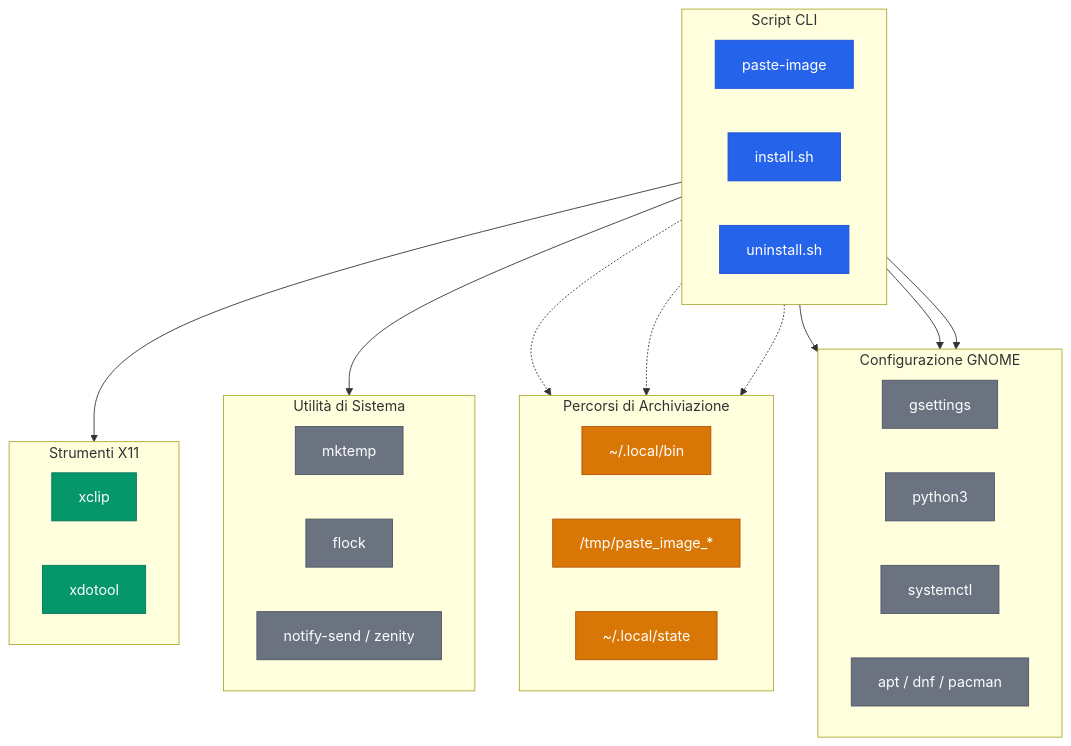
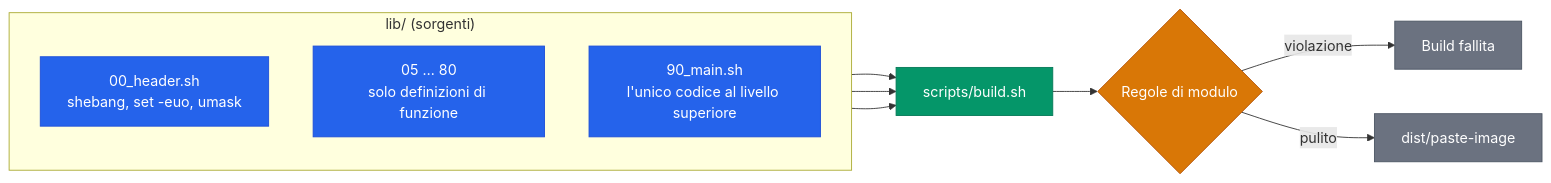
Before and after one commit to AndreaBonn/cli-image-paste: the first of 5 diagrams in docs/ARCHITECTURE.it.md, drawn with Mermaid. The commit also changed other lines of this file and 1 other file, not shown here.

First line of the commit message:
docs(architecture): describe the generated build, not the removed monolith

````diff
--- a/docs/ARCHITECTURE.it.md
+++ b/docs/ARCHITECTURE.it.md
@@ -11,59 +19,31 @@
 ```mermaid
 %%{init: {'theme': 'default'}}%%
-graph TD
-  subgraph scripts["Script CLI"]
-    direction LR
-    paste_image["paste-image"]
-    install["install.sh"]
-    uninstall["uninstall.sh"]
+graph LR
+  subgraph src["lib/ (sorgenti)"]
+    direction TB
+    header["00_header.sh<br/>shebang, set -euo, umask"]
+    modules["05 … 80<br/>solo definizioni di funzione"]
+    mainmod["90_main.sh<br/>l'unico codice al livello superiore"]
   end
 
-  subgraph x11["Strumenti X11"]
-    direction LR
-    xclip["xclip"]
-    xdotool["xdotool"]
-  end
+  build["scripts/build.sh"]
+  gate{"Regole di modulo"}
+  artifact["dist/paste-image"]
 
-  subgraph sys["Utilità di Sistema"]
-    direction LR
-    mktemp["mktemp"]
-    flock["flock"]
-    notify["notify-send / zenity"]
-  end
-
-  subgraph gnome_cfg["Configurazione GNOME"]
-    direction LR
-    gsettings["gsettings"]
-    python3["python3"]
-    systemctl["systemctl"]
-    pkg_mgr["apt / dnf / pacman"]
-  end
-
-  subgraph store["Percorsi di Archiviazione"]
-    direction LR
-    local_bin["~/.local/bin"]
-    tmp_dir["/tmp/paste_image_*"]
-    state_dir["~/.local/state"]
-  end
-
-  paste_image --> x11
-  paste_image --> sys
-  paste_image -.-> tmp_dir
-  paste_image -.-> state_dir
-
-  install --> gnome_cfg
-  install -.-> local_bin
-
-  uninstall --> gsettings
-  uninstall --> python3
+  header --> build
+  modules --> build
+  mainmod --> build
+  build --> gate
+  gate -->|"violazione"| fail["Build fallita"]
+  gate -->|"pulito"| artifact
 
   classDef core fill:#2563eb,stroke:#1d4ed8,color:#fff
   classDef data fill:#d97706,stroke:#b45309,color:#fff
   classDef ext fill:#6b7280,stroke:#4b5563,color:#fff
   classDef engine fill:#059669,stroke:#047857,color:#fff
 
-  class paste_image,install,uninstall core
-  class xclip,xdotool engine
-  class mktemp,flock,notify,gsettings,python3,systemctl,pkg_mgr ext
-  class local_bin,tmp_dir,state_dir data
+  class header,modules,mainmod core
+  class gate data
+  class build engine
+  class artifact,fail ext
 ```
````
